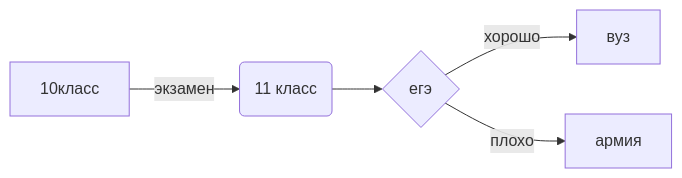
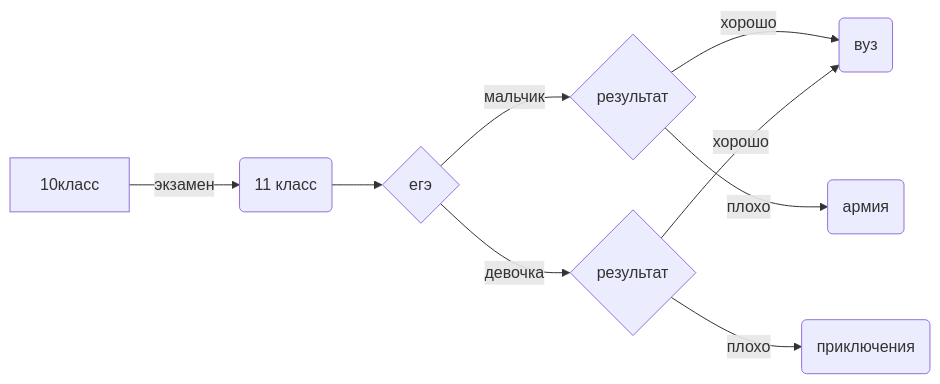
Before and after one commit to nmt132/132-NOVIKOV: the diagram in README.md, drawn with Mermaid.

````diff
--- a/README.md
+++ b/README.md
@@ -31,8 +31,12 @@
 ```mermaid
 flowchart LR
 
 A[10класс] -->|экзамен| B(11 класс)
 B --> C{егэ}
-C -->|хорошо| D[вуз]
-C -->|плохо| E[армия]
+C -->|мальчик| D{результат}
+C -->|девочка| E{результат}
+D -->|хорошо|F(вуз)
+D -->|плохо|G(армия)
+E -->|хорошо|F(вуз)
+E -->|плохо|H(приключения)
 ```
````
